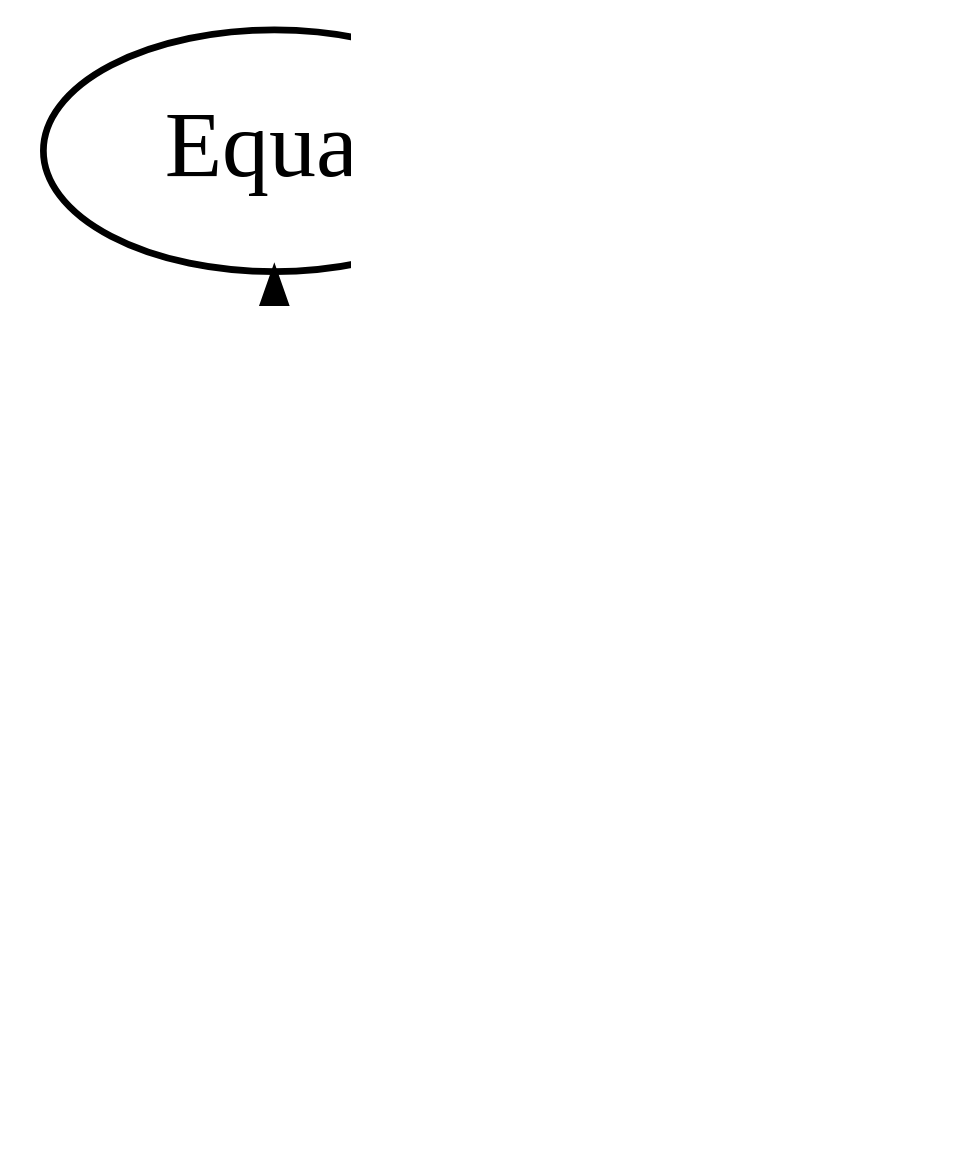
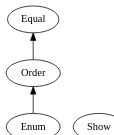
One commit to fommil/fpmortals changed the sixth of 9 diagrams in manuscript/book.org. Above: the diagram before and after it, drawn with Graphviz. The commit also changed other lines of this file and 9 other files, not shown here.

```diff
--- a/manuscript/book.org
+++ b/manuscript/book.org
@@ -3359,11 +3359,11 @@
 #+BEGIN_SRC dot :file images/scalaz-comparable.png :exports results
 digraph G {
-    graph [dpi=300, rankdir=BT];
+    graph [dpi=100, rankdir=BT];
     node [fontname=Hack];
 
     Equal
     Show
     Order -> Equal
     Enum -> Order
 }
 #+END_SRC
```
